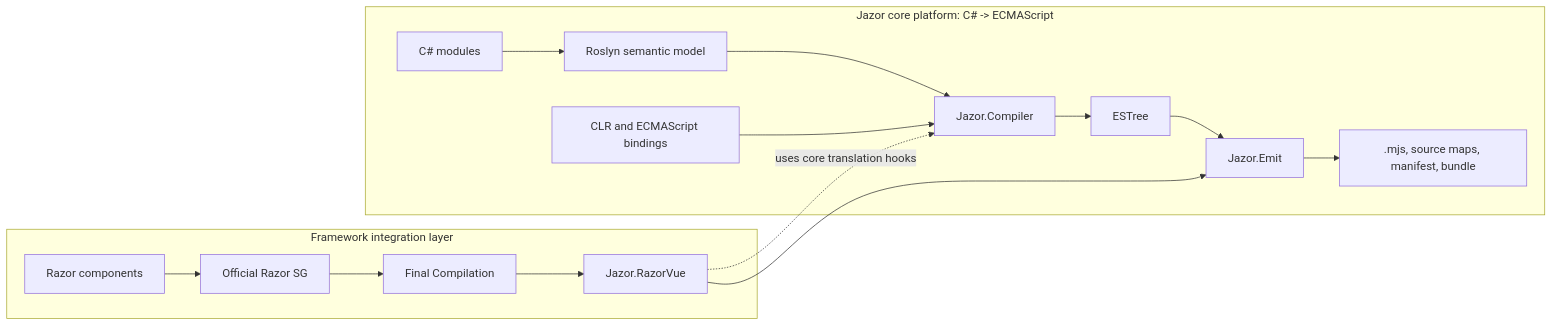
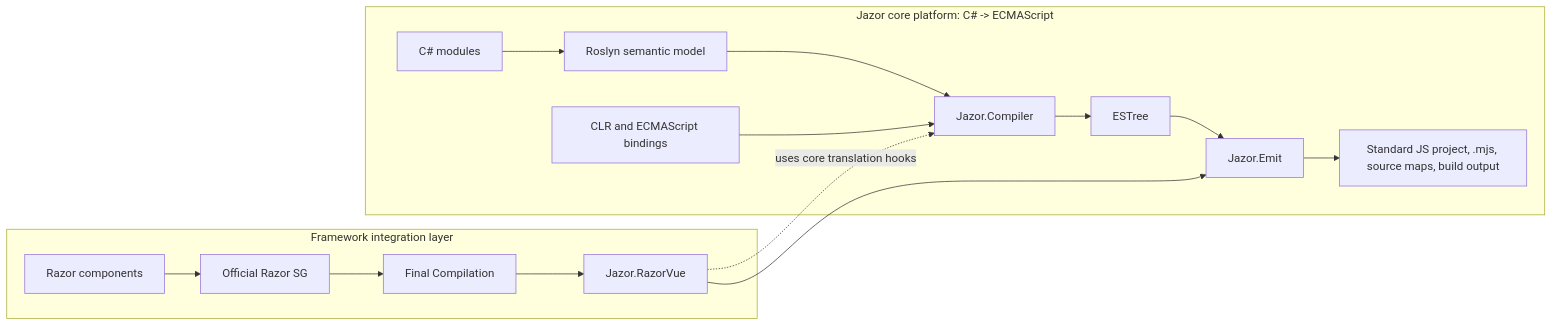
One commit to devhxj/Jazor changed the diagram in README.md. Above: the diagram before and after it, drawn with Mermaid. The commit also changed other lines of this file and 654 other files, not shown here.

````diff
--- a/README.md
+++ b/README.md
@@ -47,17 +47,17 @@
 ```mermaid
 flowchart LR
     subgraph Core["Jazor core platform: C# -> ECMAScript"]
         CSharp["C# modules"] --> Roslyn["Roslyn semantic model"]
         Roslyn --> Compiler["Jazor.Compiler"]
         Bindings["CLR and ECMAScript bindings"] --> Compiler
         Compiler --> Ast["ESTree"] --> Emit["Jazor.Emit"]
-        Emit --> Artifacts[".mjs, source maps, manifest, bundle"]
+        Emit --> Artifacts["Standard JS project, .mjs, source maps, build output"]
     end
 
     subgraph Integrations["Framework integration layer"]
         Razor["Razor components"] --> RazorSG["Official Razor SG"] --> Compilation["Final Compilation"]
         Compilation --> RazorVue["Jazor.RazorVue"]
         RazorVue -. uses core translation hooks .-> Compiler
         RazorVue --> Emit
     end
 ```
````
